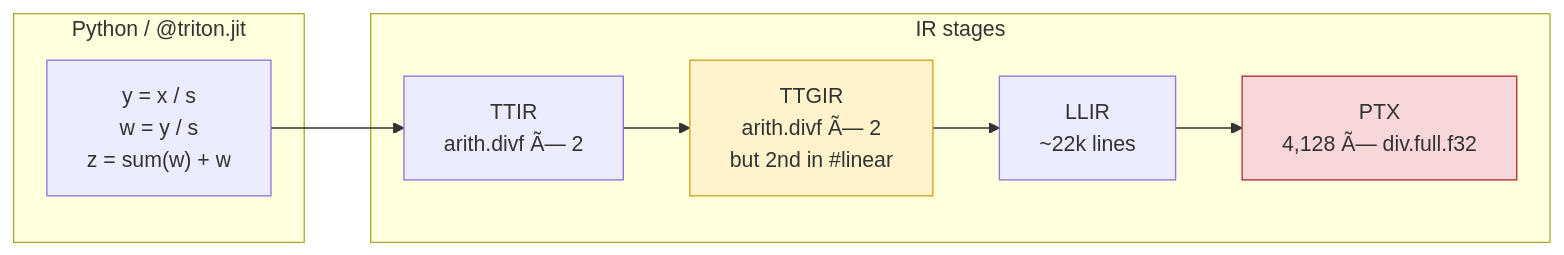
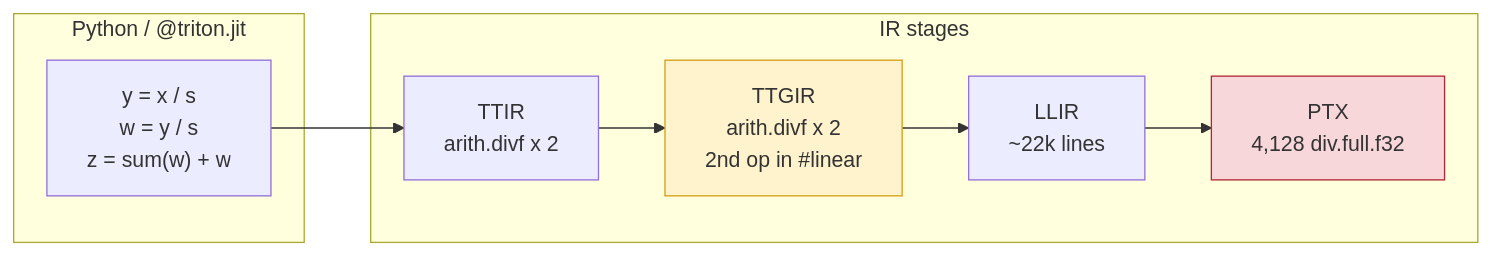
Before and after one commit to ArchanaChetan07/Triton-: the third of 7 diagrams in README.md, drawn with Mermaid. The commit also changed other lines of this file, not shown here.

Commit message:
Fix README: encoding, sm_90 badge accuracy, measured PTX lines, diagrams

````diff
--- a/README.md
+++ b/README.md
@@ -58,18 +48,18 @@
 ```mermaid
 flowchart LR
     subgraph Source["Python / @triton.jit"]
         S["y = x / s<br/>w = y / s<br/>z = sum(w) + w"]
     end
 
     subgraph IR["IR stages"]
-        TTIR["TTIR<br/>arith.divf Ã— 2"]
-        TTGIR["TTGIR<br/>arith.divf Ã— 2<br/>but 2nd in #linear"]
+        TTIR["TTIR<br/>arith.divf x 2"]
+        TTGIR["TTGIR<br/>arith.divf x 2<br/>2nd op in #linear"]
         LLIR["LLIR<br/>~22k lines"]
-        PTX["PTX<br/>4,128 Ã— div.full.f32"]
+        PTX["PTX<br/>4,128 div.full.f32"]
     end
 
     S --> TTIR --> TTGIR --> LLIR --> PTX
 
     style TTGIR fill:#fff3cd,stroke:#d4a017
     style PTX fill:#f8d7da,stroke:#b02a37
 ```
````
